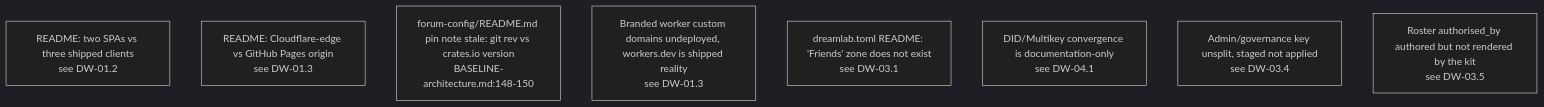
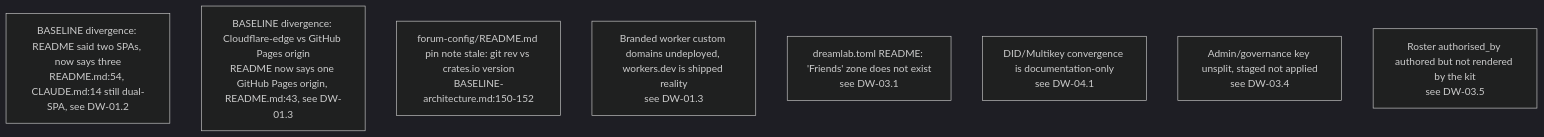
The fifth of 7 diagrams in docs/diagrams/dreamlab-ai-website/06-content-pipeline-and-invariants-register.md (DreamLab-AI/VisionFlow), drawn with Mermaid (dark theme) before and after one commit. The commit also changed other lines of this file and 160 other files, not shown here.

````diff
--- a/docs/diagrams/dreamlab-ai-website/06-content-pipeline-and-invariants-register.md
+++ b/docs/diagrams/dreamlab-ai-website/06-content-pipeline-and-invariants-register.md
@@ -104,11 +109,11 @@
 ```mermaid
 flowchart TB
-    D1["README: two SPAs vs three shipped clients<br/>see DW-01.2"]
-    D2["README: Cloudflare-edge vs GitHub Pages origin<br/>see DW-01.3"]
-    D3["forum-config/README.md pin note stale: git rev vs crates.io version<br/>BASELINE-architecture.md:148-150"]
+    D1["BASELINE divergence: README said two SPAs, now says three<br/>README.md:54, CLAUDE.md:14 still dual-SPA, see DW-01.2"]
+    D2["BASELINE divergence: Cloudflare-edge vs GitHub Pages origin<br/>README now says one GitHub Pages origin, README.md:43, see DW-01.3"]
+    D3["forum-config/README.md pin note stale: git rev vs crates.io version<br/>BASELINE-architecture.md:150-152"]
     D4["Branded worker custom domains undeployed, workers.dev is shipped reality<br/>see DW-01.3"]
     D5["dreamlab.toml README: 'Friends' zone does not exist<br/>see DW-03.1"]
     D6["DID/Multikey convergence is documentation-only<br/>see DW-04.1"]
     D7["Admin/governance key unsplit, staged not applied<br/>see DW-03.4"]
     D8["Roster authorised_by authored but not rendered by the kit<br/>see DW-03.5"]
 ```
````
